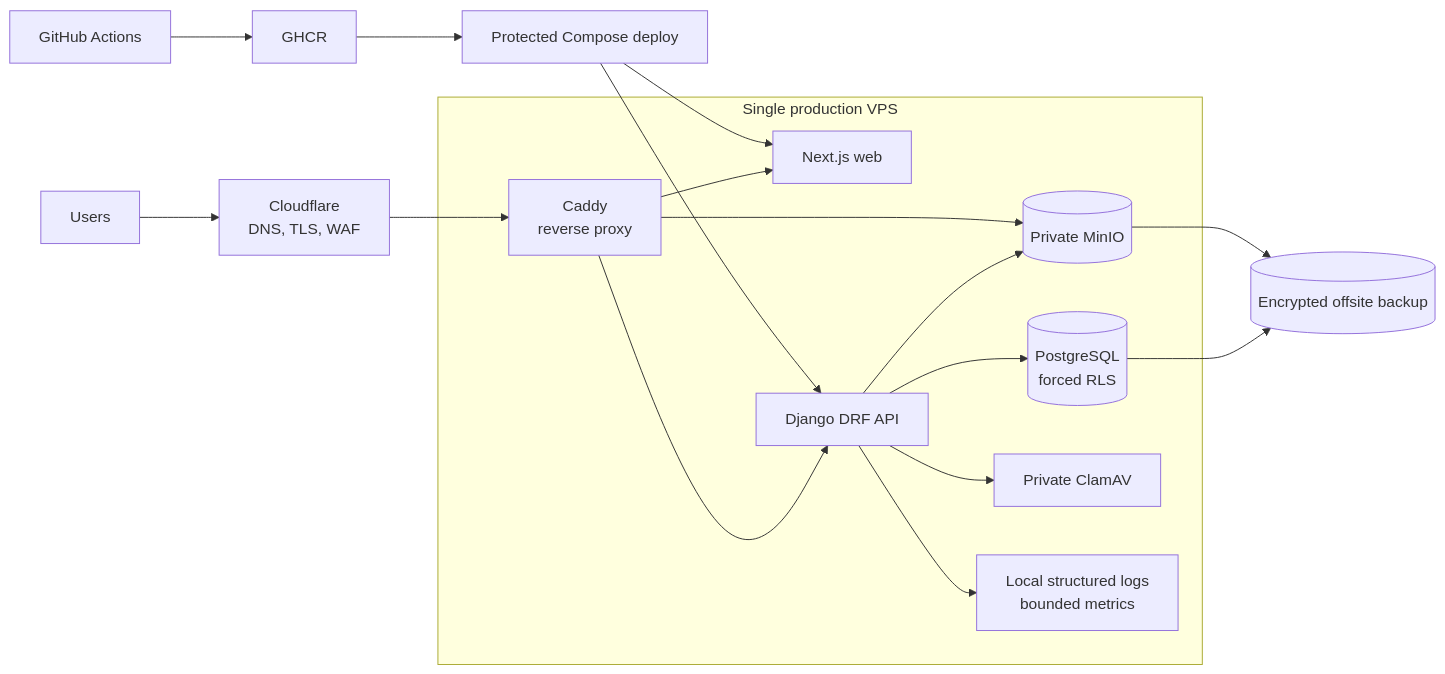
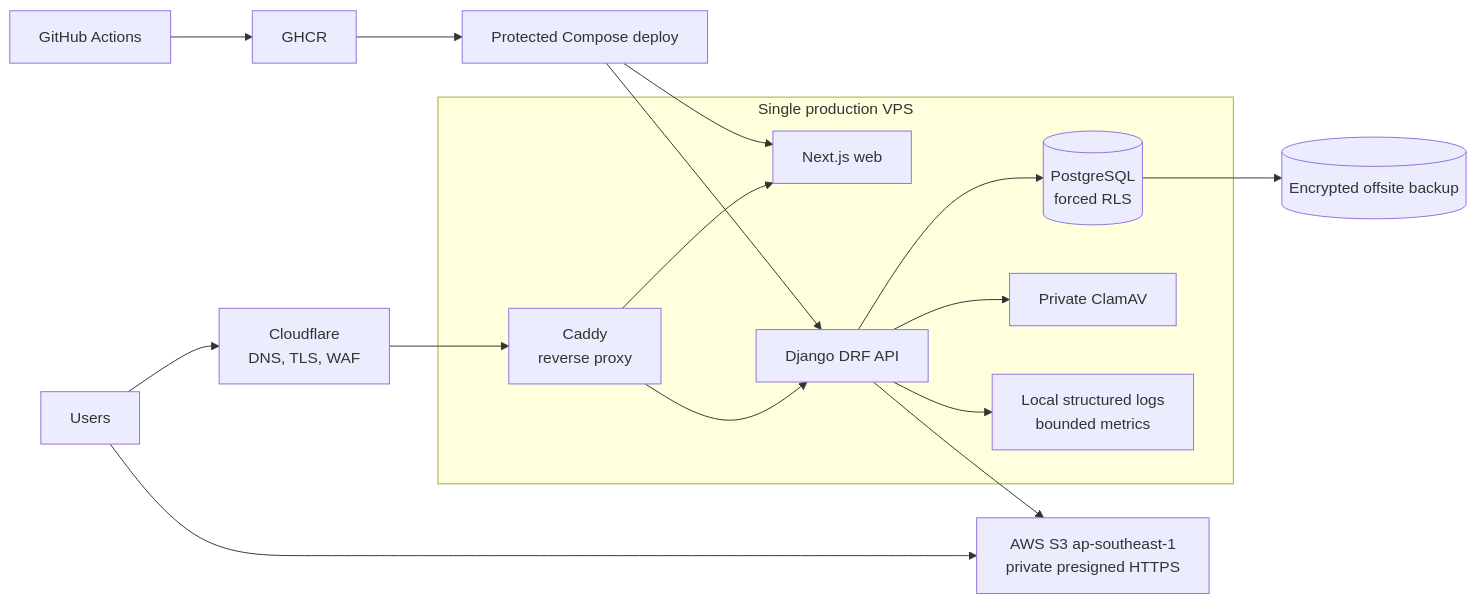
Before and after one commit to kyawswaraye/gym-management-system: the fifth of 5 diagrams in docs/ARCHITECTURE.md, drawn with Mermaid. The commit also changed other lines of this file and 52 other files, not shown here.

````diff
--- a/docs/ARCHITECTURE.md
+++ b/docs/ARCHITECTURE.md
@@ -375,20 +379,19 @@
 ```mermaid
 flowchart LR
     U[Users] --> CF[Cloudflare<br/>DNS, TLS, WAF]
     CF --> RP[Caddy<br/>reverse proxy]
     subgraph VPS [Single production VPS]
         RP --> WEB[Next.js web]
         RP --> API[Django DRF API]
         API --> SQL[(PostgreSQL<br/>forced RLS)]
-        API --> OBJ[(Private MinIO)]
         API --> CLAM[Private ClamAV]
-        RP --> OBJ
         API --> OBS[Local structured logs<br/>bounded metrics]
     end
+    U --> S3[AWS S3 ap-southeast-1<br/>private presigned HTTPS]
+    API --> S3
     GH[GitHub Actions] --> REG[GHCR]
     REG --> DEP[Protected Compose deploy]
     DEP --> WEB
     DEP --> API
     SQL --> BAK[(Encrypted offsite backup)]
-    OBJ --> BAK
 ```
````
